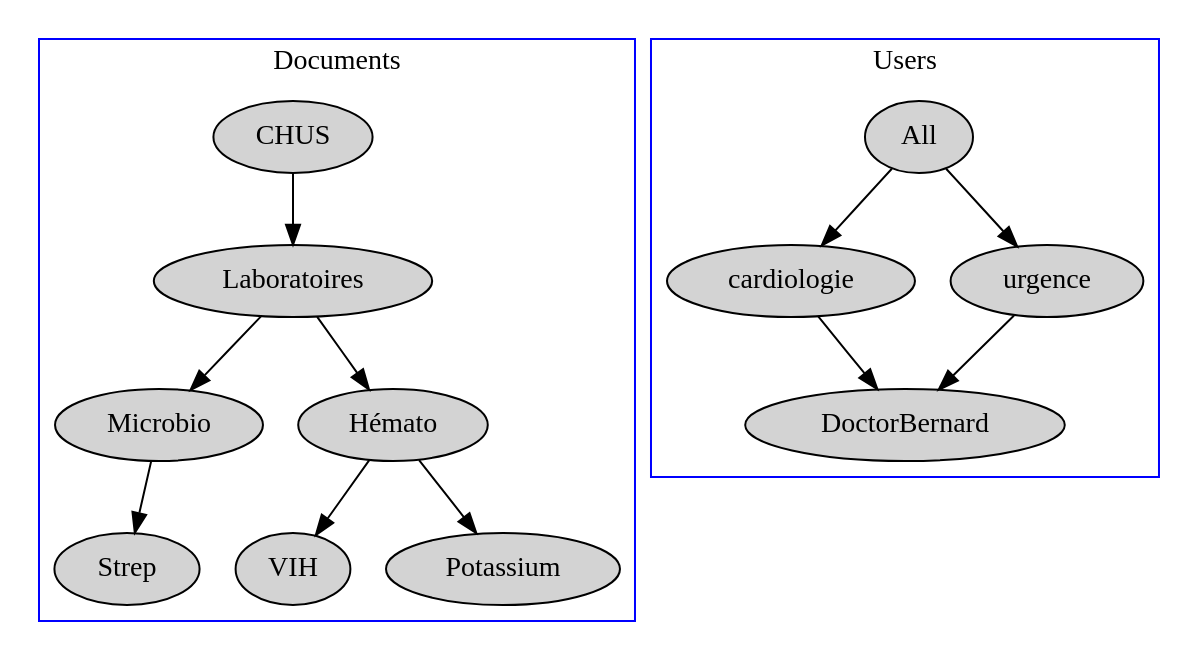
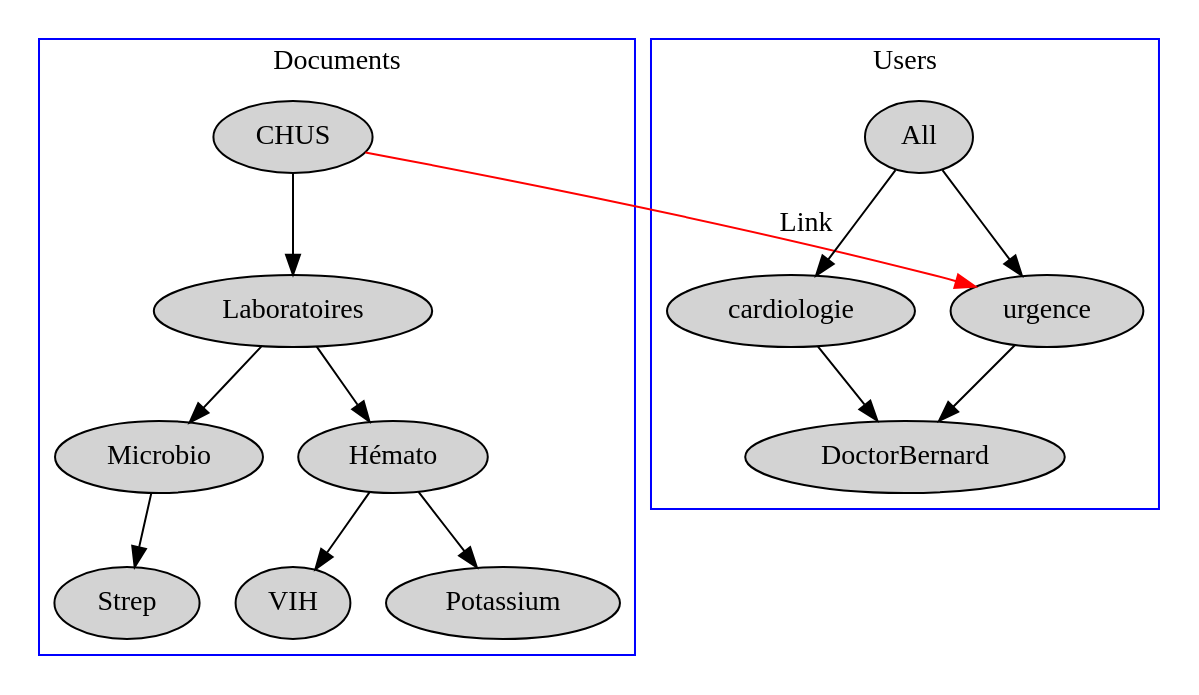
The diagram in subgraph/example.dot (romain-cotte/dot-examples), drawn with Graphviz before and after one commit. The commit also changed 1 other file, not shown here.

```diff
--- a/subgraph/example.dot
+++ b/subgraph/example.dot
@@ -1,26 +1,27 @@
 digraph G {
   subgraph cluster_0 {
     node [style=filled];
     label = "Documents";
     color=blue;
     "CHUS" -> "Laboratoires";
     "Laboratoires" -> "Microbio";
     "Laboratoires" -> "Hémato";
     "Microbio" -> "Strep";
     "Hémato" -> "VIH";
     "Hémato" -> "Potassium";
     "VIH";
     "Potassium";
     "Strep";
   }
   subgraph cluster_1 {
     node [style=filled];
     label = "Users";
     color=blue;
     "All" -> "cardiologie";
     "All" -> "urgence";
     "cardiologie" -> "DoctorBernard";
     "urgence" -> "DoctorBernard";
     "DoctorBernard";
   }
+  "CHUS" -> "urgence" [label="Link", color=red, constraint=false]
 }
```
